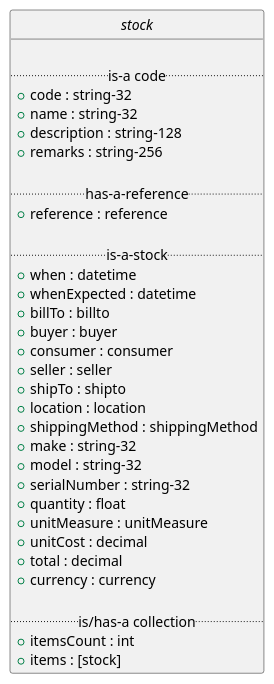
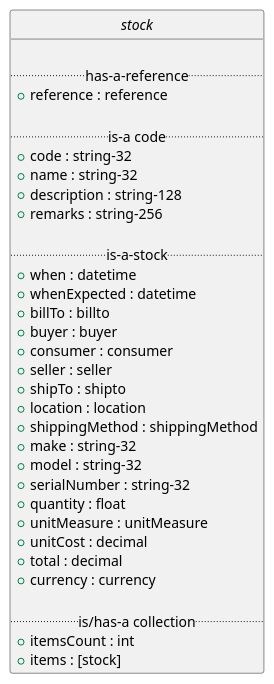
The second of 2 diagrams in stock/stock.org (EciStg/order-placement), drawn with PlantUML before and after one commit. The commit also changed other lines of this file and 5 other files, not shown here.

```diff
--- a/stock/stock.org
+++ b/stock/stock.org
@@ -52,40 +52,40 @@
 #+BEGIN_SRC plantuml :file ../images/stock-class-diagram.puml.png :exports results
   @startuml
   hide circle
 
   interface stock {
 
+  .. has-a-reference ..
+  {field} + reference : reference
+
   .. is-a code ..
   {field} + code : string-32
   {field} + name : string-32
   {field} + description : string-128
   {field} + remarks : string-256
-
-  .. has-a-reference ..
-  {field} + reference : reference
 
   .. is-a-stock ..
   {field} + when : datetime
   {field} + whenExpected : datetime
   {field} + billTo : billto
   {field} + buyer : buyer
   {field} + consumer : consumer
   {field} + seller : seller
   {field} + shipTo : shipto
   {field} + location : location
   {field} + shippingMethod : shippingMethod
   {field} + make : string-32
   {field} + model : string-32
   {field} + serialNumber : string-32
   {field} + quantity : float
   {field} + unitMeasure : unitMeasure
   {field} + unitCost : decimal
   {field} + total : decimal
   {field} + currency : currency
 
   .. is/has-a collection ..
   {field} + itemsCount : int
   {field} + items : [stock]
   }
   @enduml
 #+END_SRC
```
